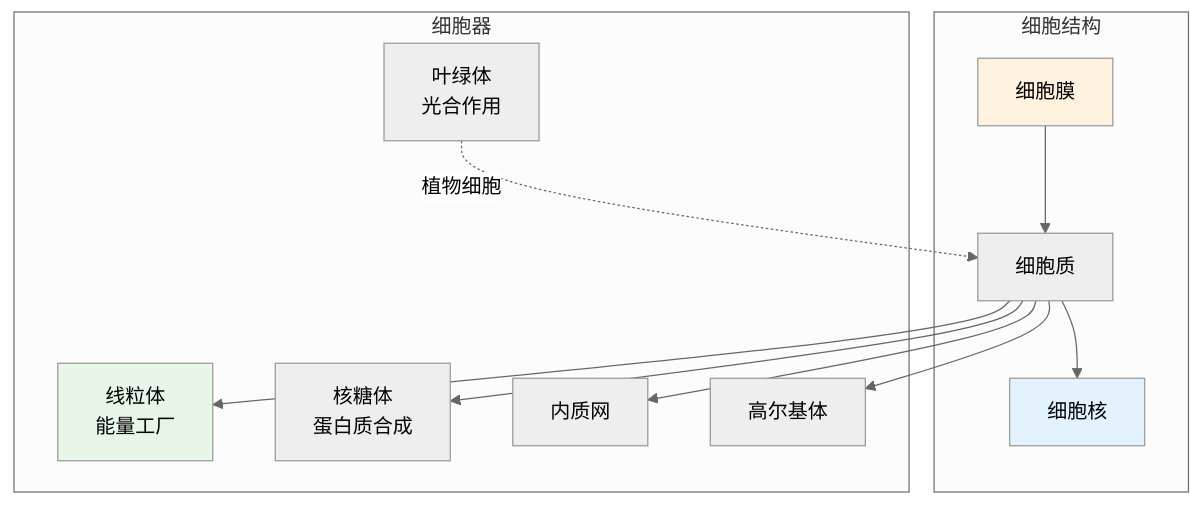
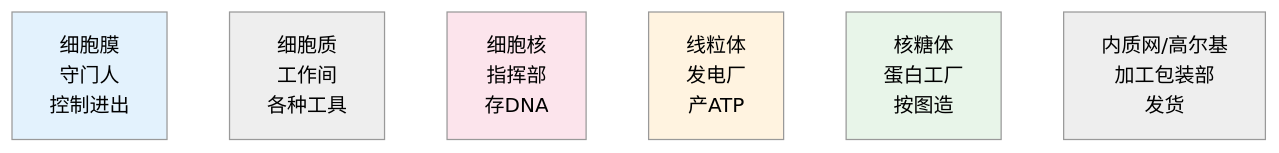
One commit to wxyClark/wxyClark.github.io changed the second of 11 diagrams in content/natural-sciences/biology/index.md. Above: the diagram before and after it, drawn with Mermaid (neutral theme). The commit also changed other lines of this file and 11 other files, not shown here.

````diff
--- a/content/natural-sciences/biology/index.md
+++ b/content/natural-sciences/biology/index.md
@@ -46,24 +54,14 @@
 ```mermaid
 flowchart TD
-    subgraph 细胞结构
-        M[细胞膜]
-        C[细胞质]
-        N[细胞核]
-    end
+    C1[细胞膜<br/>守门人<br/>控制进出] 
+    C2[细胞质<br/>工作间<br/>各种工具] 
+    C3[细胞核<br/>指挥部<br/>存DNA] 
+    C4[线粒体<br/>发电厂<br/>产ATP] 
+    C5[核糖体<br/>蛋白工厂<br/>按图造] 
+    C6[内质网/高尔基<br/>加工包装部<br/>发货] 
     
-    subgraph 细胞器
-        O1[线粒体<br/>能量工厂]
-        O2[核糖体<br/>蛋白质合成]
-        O3[内质网]
-        O4[高尔基体]
-        O5[叶绿体<br/>光合作用]
-    end
-    
-    M --> C
-    C --> N & O1 & O2 & O3 & O4
-    O5 -.->|植物细胞| C
-    
-    style M fill:#fff3e0
-    style N fill:#e3f2fd
-    style O1 fill:#e8f5e9
+    style C1 fill:#e3f2fd
+    style C3 fill:#fce4ec
+    style C4 fill:#fff3e0
+    style C5 fill:#e8f5e9
 ```
````
